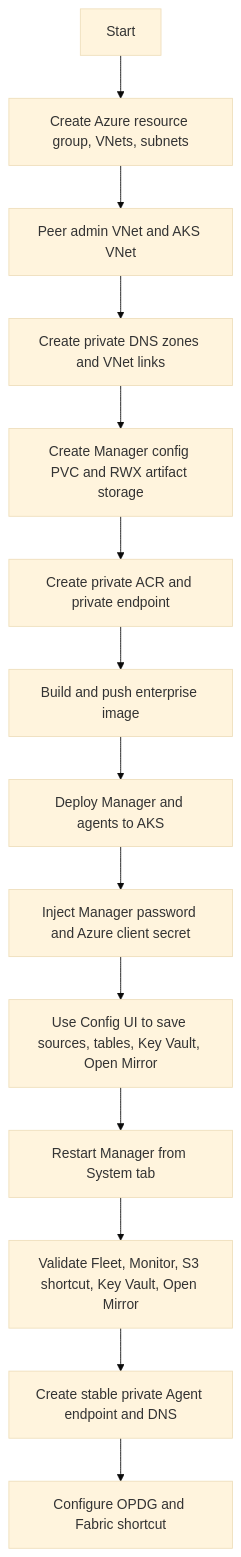
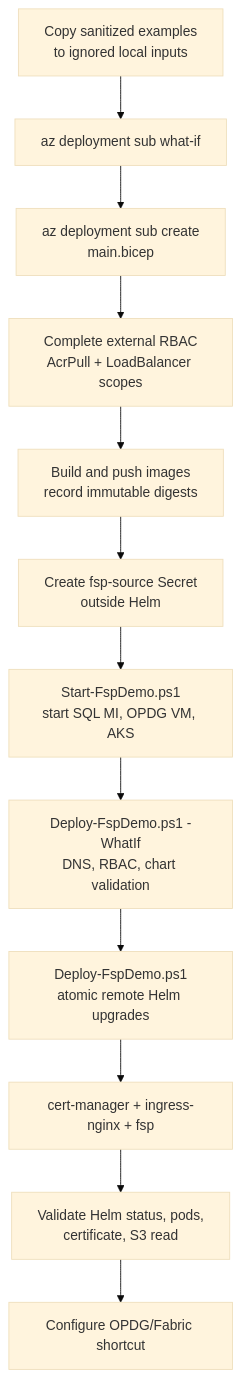
One commit to Andreas-bersgtedt/Fabric-Shortcut-Proxy changed the eighth of 8 diagrams in docs/Enterprise_Deployment_guide.md. Above: the diagram before and after it, drawn with Mermaid (base theme). The commit also changed other lines of this file and 58 other files, not shown here.

Commit message:
feat: add Helm enterprise deployment

````diff
--- a/docs/Enterprise_Deployment_guide.md
+++ b/docs/Enterprise_Deployment_guide.md
@@ -673,16 +674,14 @@
 ```mermaid
 flowchart TD
-  start[Start] --> infra[Create Azure resource group, VNets, subnets]
-  infra --> peer[Peer admin VNet and AKS VNet]
-  peer --> dns[Create private DNS zones and VNet links]
-  dns --> storage[Create Manager config PVC and RWX artifact storage]
-  storage --> acr[Create private ACR and private endpoint]
-  acr --> image[Build and push enterprise image]
-  image --> aks[Deploy Manager and agents to AKS]
-  aks --> secrets[Inject Manager password and Azure client secret]
-  secrets --> config[Use Config UI to save sources, tables, Key Vault, Open Mirror]
-  config --> restart[Restart Manager from System tab]
-  restart --> validate[Validate Fleet, Monitor, S3 shortcut, Key Vault, Open Mirror]
-  validate --> expose[Create stable private Agent endpoint and DNS]
-  expose --> opdg[Configure OPDG and Fabric shortcut]
+  examples[Copy sanitized examples<br/>to ignored local inputs] --> preview[az deployment sub what-if]
+  preview --> bicep[az deployment sub create<br/>main.bicep]
+  bicep --> roles[Complete external RBAC<br/>AcrPull + LoadBalancer scopes]
+  roles --> images[Build and push images<br/>record immutable digests]
+  images --> secrets[Create fsp-source Secret<br/>outside Helm]
+  secrets --> start[Start-FspDemo.ps1<br/>start SQL MI, OPDG VM, AKS]
+  start --> helmcheck[Deploy-FspDemo.ps1 -WhatIf<br/>DNS, RBAC, chart validation]
+  helmcheck --> helm[Deploy-FspDemo.ps1<br/>atomic remote Helm upgrades]
+  helm --> releases[cert-manager + ingress-nginx + fsp]
+  releases --> validate[Validate Helm status, pods,<br/>certificate, S3 read]
+  validate --> fabric[Configure OPDG/Fabric shortcut]
 ```
````
